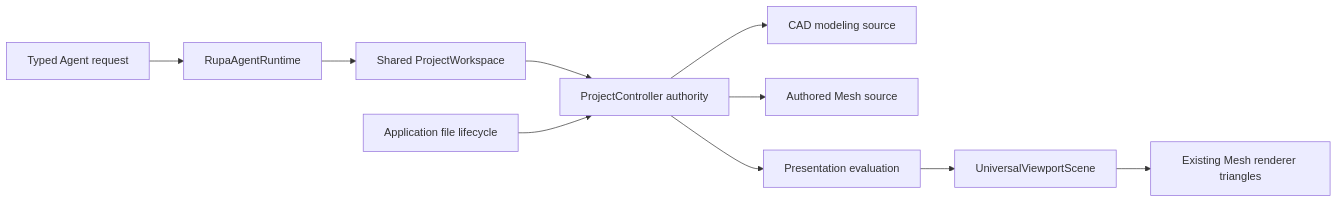
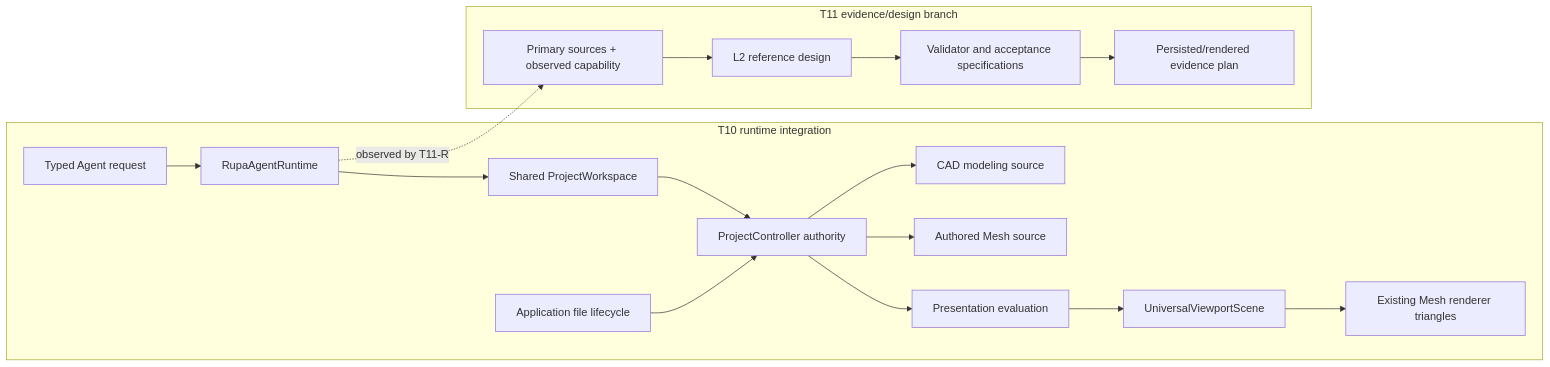
Before and after one commit to 1amageek/Rupa: the first of 2 diagrams in DESIGN.md, drawn with Mermaid. The commit also changed other lines of this file and 2 other files, not shown here.

Commit message:
Define professional bicycle reference contract

````diff
--- a/DESIGN.md
+++ b/DESIGN.md
@@ -35,12 +45,20 @@
 ```mermaid
 flowchart LR
-    Agent["Typed Agent request"] --> Runtime["RupaAgentRuntime"]
-    Runtime --> Workspace["Shared ProjectWorkspace"]
-    Workspace --> Project["ProjectController authority"]
-    Project --> CAD["CAD modeling source"]
-    Project --> Mesh["Authored Mesh source"]
-    Project --> Eval["Presentation evaluation"]
-    Eval --> Scene["UniversalViewportScene"]
-    Scene --> Render["Existing Mesh renderer triangles"]
-    App["Application file lifecycle"] --> Project
+    subgraph T10["T10 runtime integration"]
+        Agent["Typed Agent request"] --> Runtime["RupaAgentRuntime"]
+        Runtime --> Workspace["Shared ProjectWorkspace"]
+        Workspace --> Project["ProjectController authority"]
+        Project --> CAD["CAD modeling source"]
+        Project --> Mesh["Authored Mesh source"]
+        Project --> Eval["Presentation evaluation"]
+        Eval --> Scene["UniversalViewportScene"]
+        Scene --> Render["Existing Mesh renderer triangles"]
+        App["Application file lifecycle"] --> Project
+    end
+    subgraph T11["T11 evidence/design branch"]
+        Sources["Primary sources + observed capability"] --> Reference["L2 reference design"]
+        Reference --> Acceptance["Validator and acceptance specifications"]
+        Acceptance --> ArtifactEvidence["Persisted/rendered evidence plan"]
+    end
+    Runtime -. "observed by T11-R" .-> Sources
 ```
````
